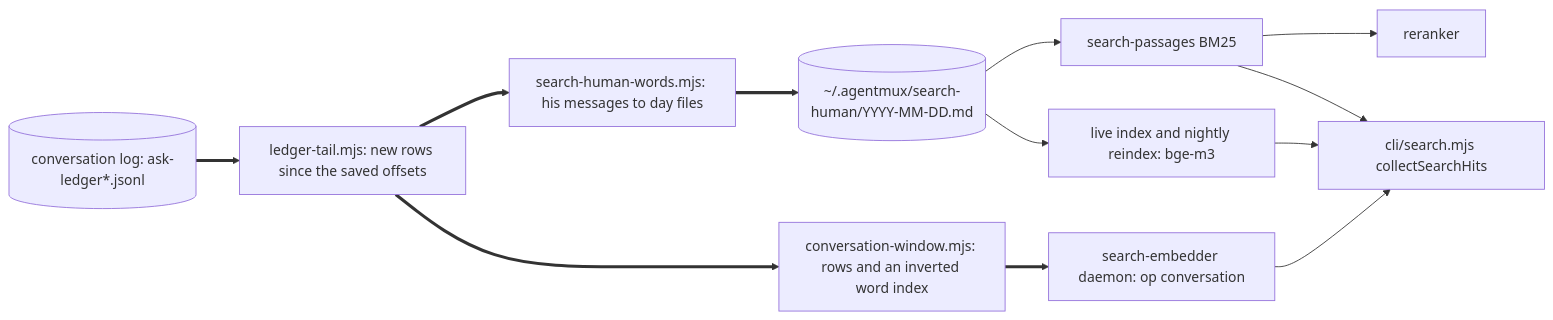
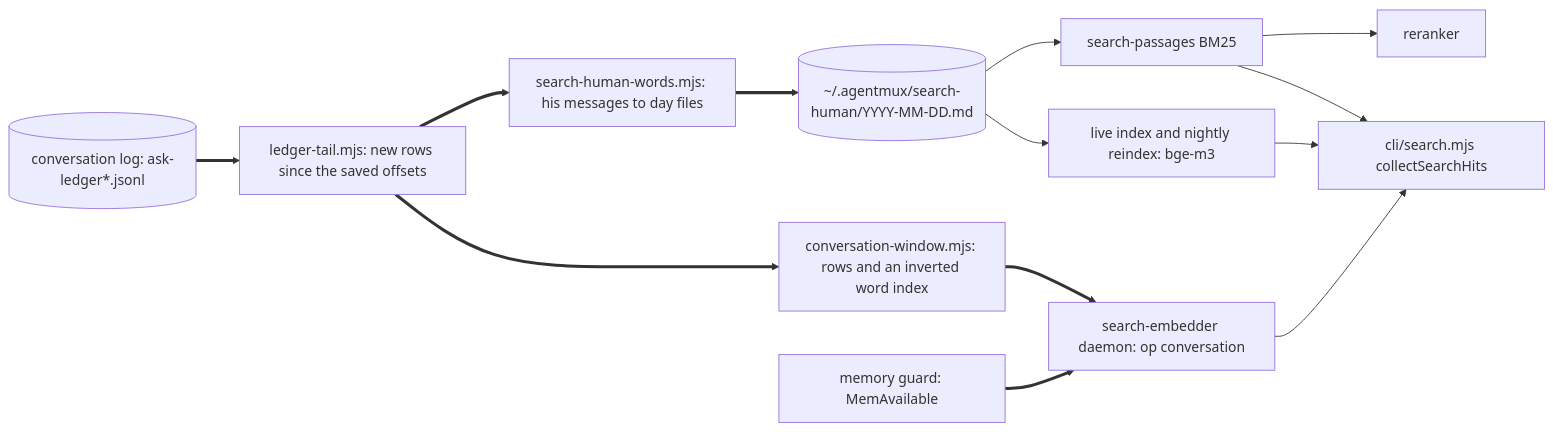
One commit to adelost/agentmux changed the first of 5 diagrams in docs/DESIGN-search-daemon.md. Above: the diagram before and after it, drawn with Mermaid. The commit also changed other lines of this file and 1 other file, not shown here.

First line of the commit message:
docs(search): design v2, memory guard and the measured cost of a warm daemon; rows 46-47

````diff
--- a/docs/DESIGN-search-daemon.md
+++ b/docs/DESIGN-search-daemon.md
@@ -86,15 +103,16 @@
 ```mermaid
 %% id: arch
 flowchart LR
   L[(conversation log: ask-ledger*.jsonl)] ==> T[ledger-tail.mjs: new rows since the saved offsets]
   T ==> H[search-human-words.mjs: his messages to day files]
   H ==> F[(~/.agentmux/search-human/YYYY-MM-DD.md)]
   T ==> W[conversation-window.mjs: rows and an inverted word index]
   F --> P[search-passages BM25] --> R[reranker]
   F --> V[live index and nightly reindex: bge-m3]
   W ==> D[search-embedder daemon: op conversation]
+  M[memory guard: MemAvailable] ==> D
   D --> C[cli/search.mjs collectSearchHits]
   P --> C
   V --> C
   %% solid = exists, thick = new
 ```
````
